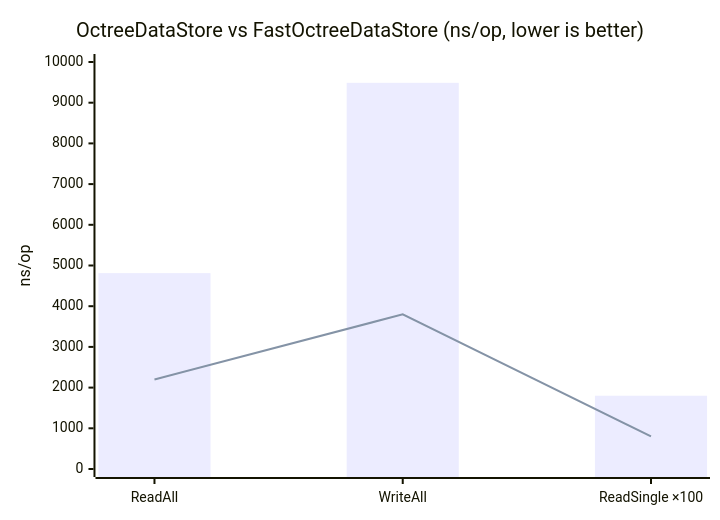
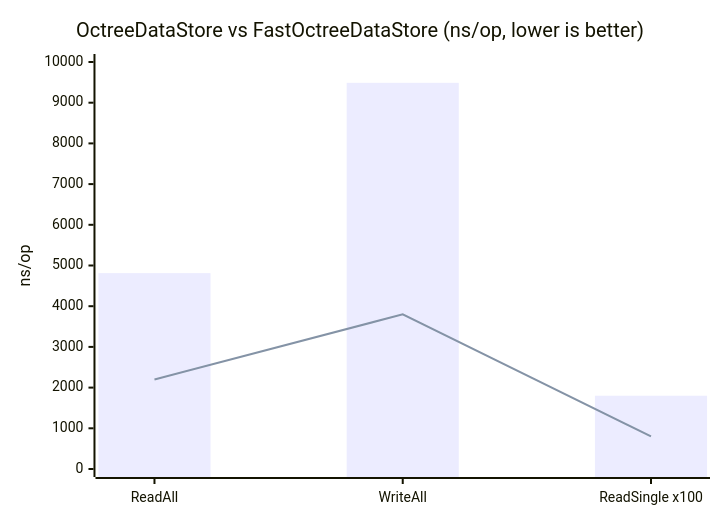
Before and after one commit to zzuegg/jNanoStore: the fourth of 6 diagrams in BENCHMARKS.md, drawn with Mermaid. The commit also changed other lines of this file and 1 other file, not shown here.

Commit message:
fix: replace non-ASCII chars in mermaid blocks and fix FastOctree benchmark numbers

````diff
--- a/BENCHMARKS.md
+++ b/BENCHMARKS.md
@@ -216,8 +216,8 @@
 ```mermaid
 xychart-beta
     title "OctreeDataStore vs FastOctreeDataStore (ns/op, lower is better)"
-    x-axis ["ReadAll", "WriteAll", "ReadSingle ×100"]
+    x-axis ["ReadAll", "WriteAll", "ReadSingle x100"]
     y-axis "ns/op" 0 --> 10000
     bar [4812, 9488, 1800]
     line [2200, 3800, 800]
 ```
````
